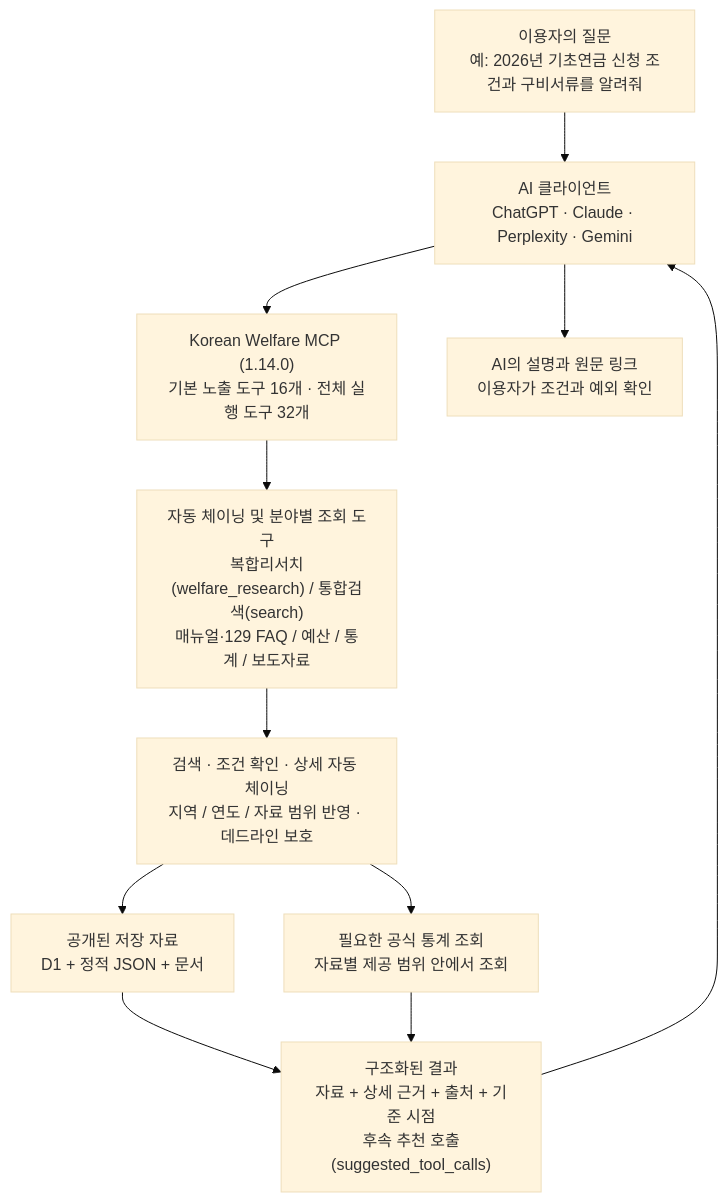
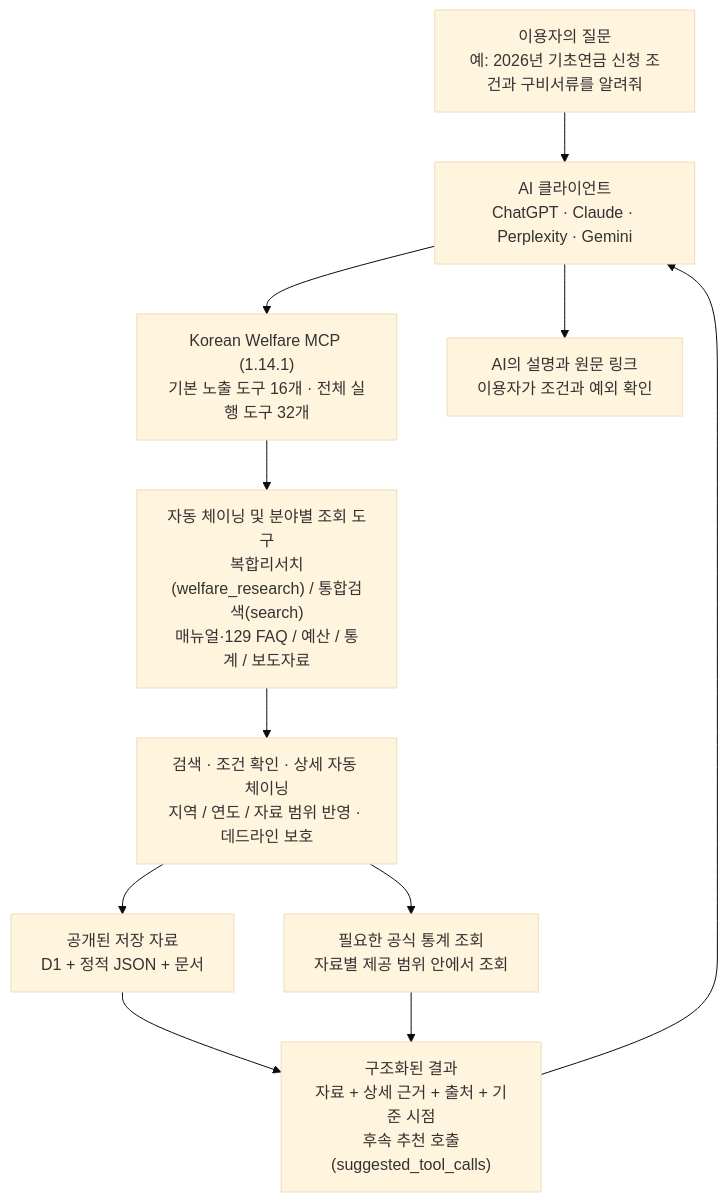
Before and after one commit to xgfox54/integrated-care-dashboard: the second of 2 diagrams in README.md, drawn with Mermaid (base theme). The commit also changed other lines of this file and 7 other files, not shown here.

````diff
--- a/README.md
+++ b/README.md
@@ -96,21 +96,21 @@
 ```mermaid
 flowchart TB
   accTitle: Korean Welfare MCP의 질문과 응답 흐름
   accDescr: AI가 조회 도구를 호출하면 입력을 확인하고 분야별 자료를 자동 체이닝해 출처와 기준 시점을 포함해 반환한다.
   person["이용자의 질문<br/>예: 2026년 기초연금 신청 조건과 구비서류를 알려줘"]
   ai["AI 클라이언트<br/>ChatGPT · Claude · Perplexity · Gemini"]
-  gateway["Korean Welfare MCP (1.14.0)<br/>기본 노출 도구 16개 · 전체 실행 도구 32개"]
+  gateway["Korean Welfare MCP (1.14.1)<br/>기본 노출 도구 16개 · 전체 실행 도구 32개"]
   tools["자동 체이닝 및 분야별 조회 도구<br/>복합리서치(welfare_research) / 통합검색(search)<br/>매뉴얼·129 FAQ / 예산 / 통계 / 보도자료"]
   retrieval["검색 · 조건 확인 · 상세 자동 체이닝<br/>지역 / 연도 / 자료 범위 반영 · 데드라인 보호"]
   stored["공개된 저장 자료<br/>D1 + 정적 JSON + 문서"]
   official["필요한 공식 통계 조회<br/>자료별 제공 범위 안에서 조회"]
   result["구조화된 결과<br/>자료 + 상세 근거 + 출처 + 기준 시점<br/>후속 추천 호출(suggested_tool_calls)"]
   answer["AI의 설명과 원문 링크<br/>이용자가 조건과 예외 확인"]
   person --> ai --> gateway --> tools --> retrieval
   retrieval --> stored
   retrieval --> official
   stored --> result
   official --> result
   result --> ai
   ai --> answer
 ```
````
